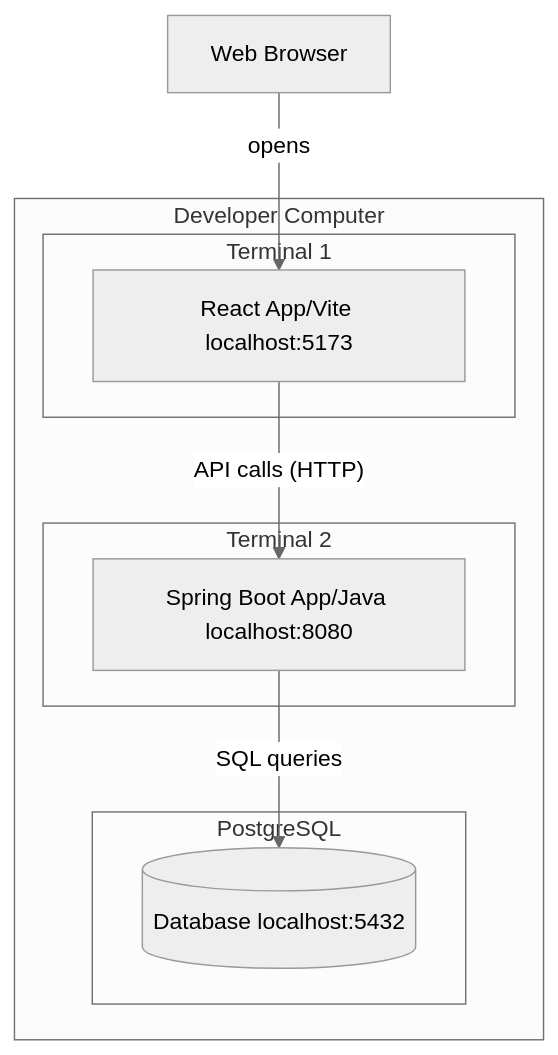
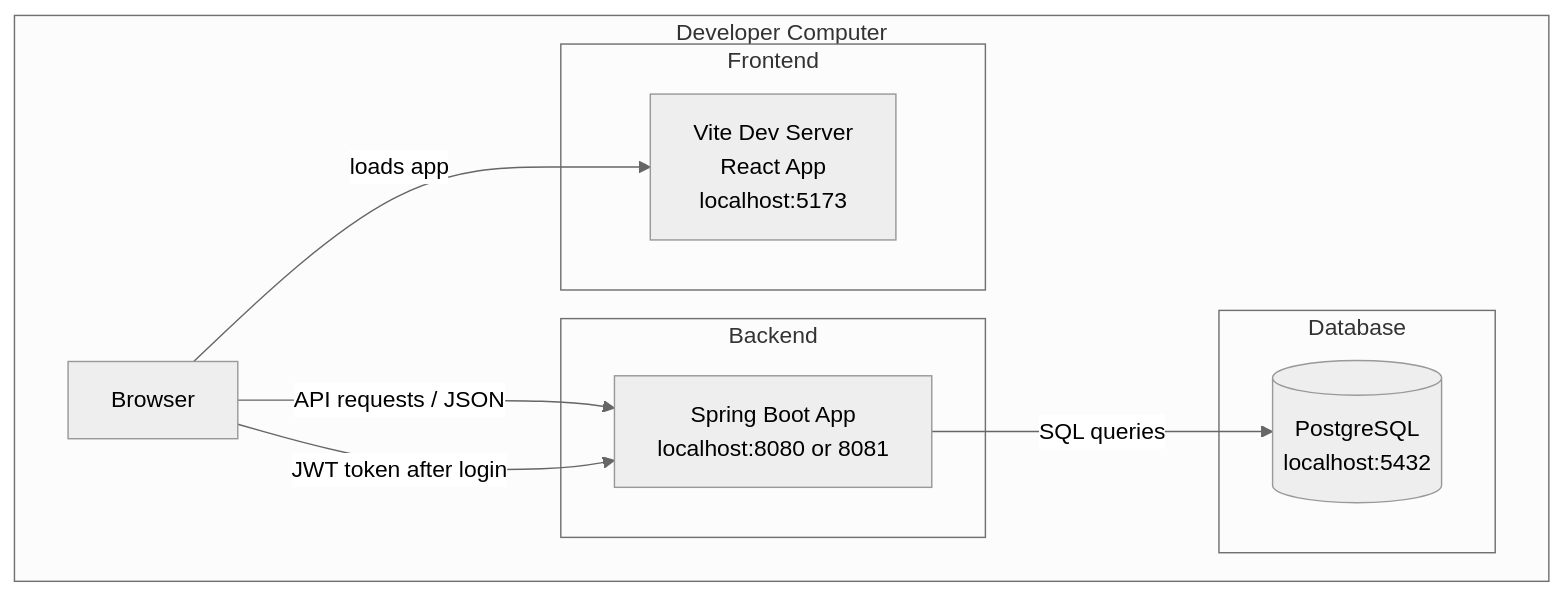
Before and after one commit to MujPrvniGutHib/26SWI1: the seventh of 7 diagrams in README.md, drawn with Mermaid (neutral theme). The commit also changed other lines of this file, not shown here.

````diff
--- a/README.md
+++ b/README.md
@@ -204,21 +274,24 @@
 ```mermaid
 graph TD
-    subgraph "Developer Computer"
-        subgraph "Terminal 1"
-            A[React App/Vite localhost:5173]
+    subgraph Developer_Computer[Developer Computer]
+        Browser[Browser]
+
+        subgraph Frontend[Frontend]
+            Vite[Vite Dev Server<br/>React App<br/>localhost:5173]
         end
 
-        subgraph "Terminal 2"
-            B[Spring Boot App/Java localhost:8080]
+        subgraph Backend[Backend]
+            Spring[Spring Boot App<br/>localhost:8080 or 8081]
         end
 
-        subgraph "PostgreSQL"
-            C[(Database localhost:5432)]
+        subgraph Database[Database]
+            Postgres[(PostgreSQL<br/>localhost:5432)]
         end
-
-        A -- "API calls (HTTP)" --> B
-        B -- "SQL queries" --> C
     end
 
-    D[Web Browser] -- "opens" --> A
+    Browser -->|loads app| Vite
+    Browser -->|API requests / JSON| Spring
+    Browser -->|JWT token after login| Spring
+    Spring -->|SQL queries| Postgres
+
 ```
````
